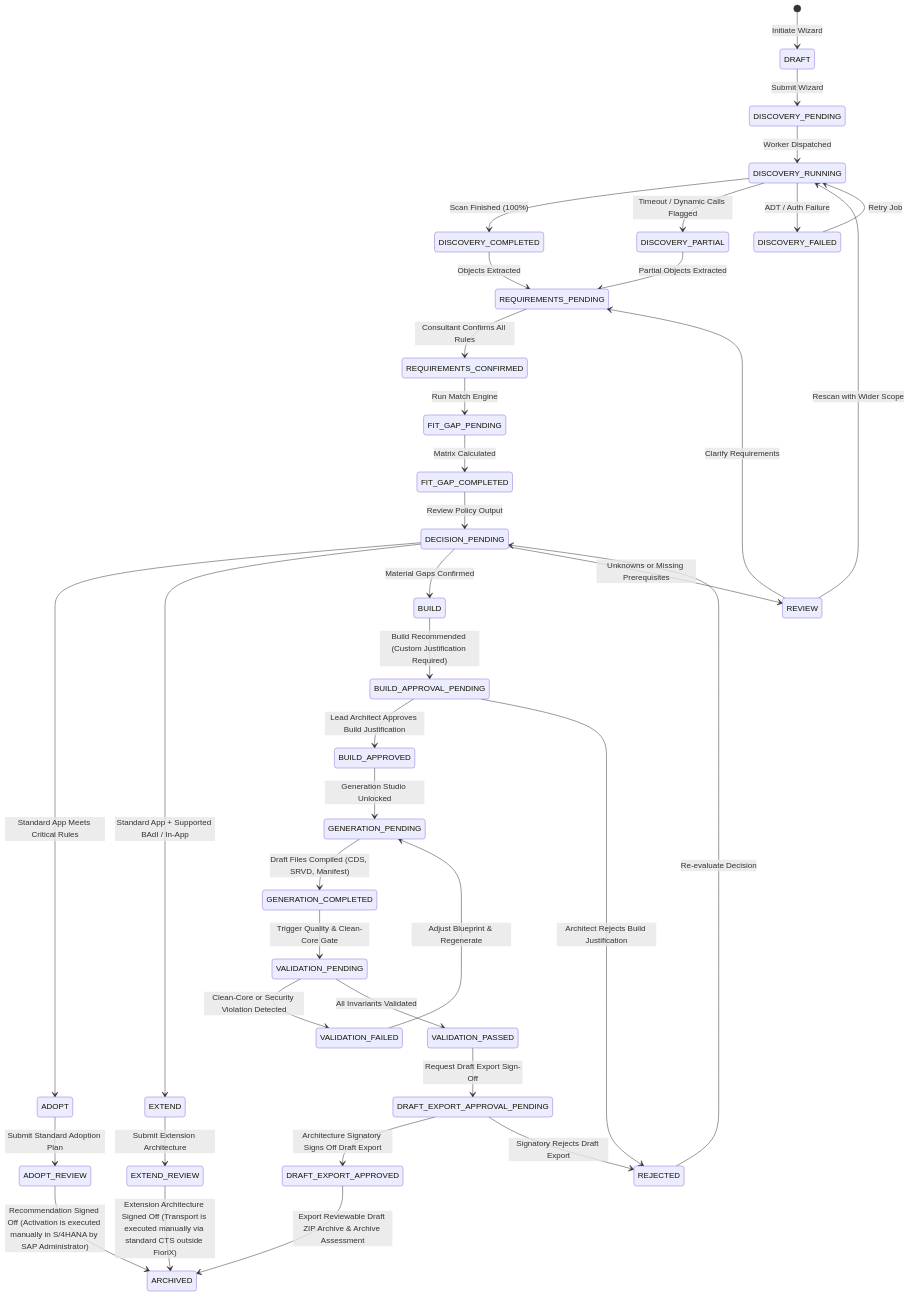
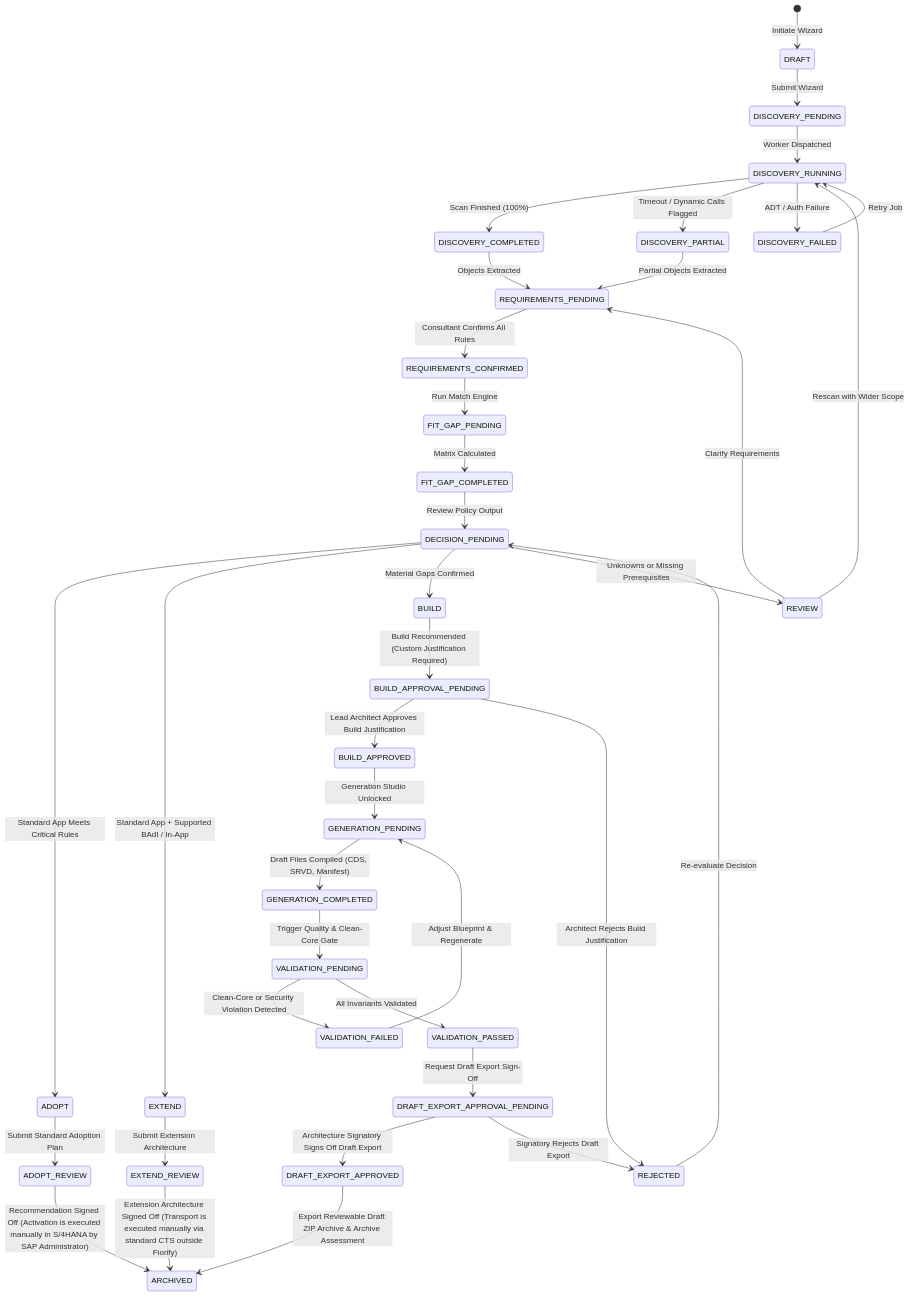
One commit to samarth092005/Firorix changed the third of 7 diagrams in docs/architecture/MASTER_ARCHITECTURE_AND_FRONTEND_RESTRUCTURING_PLAN.md. Above: the diagram before and after it, drawn with Mermaid. The commit also changed other lines of this file and 395 other files, not shown here.

````diff
--- a/docs/architecture/MASTER_ARCHITECTURE_AND_FRONTEND_RESTRUCTURING_PLAN.md
+++ b/docs/architecture/MASTER_ARCHITECTURE_AND_FRONTEND_RESTRUCTURING_PLAN.md
@@ -174,50 +174,50 @@
 ```mermaid
 stateDiagram-v2
     [*] --> DRAFT: Initiate Wizard
     DRAFT --> DISCOVERY_PENDING: Submit Wizard
     DISCOVERY_PENDING --> DISCOVERY_RUNNING: Worker Dispatched
     DISCOVERY_RUNNING --> DISCOVERY_COMPLETED: Scan Finished (100%)
     DISCOVERY_RUNNING --> DISCOVERY_PARTIAL: Timeout / Dynamic Calls Flagged
     DISCOVERY_RUNNING --> DISCOVERY_FAILED: ADT / Auth Failure
     DISCOVERY_FAILED --> DISCOVERY_RUNNING: Retry Job
 
     DISCOVERY_COMPLETED --> REQUIREMENTS_PENDING: Objects Extracted
     DISCOVERY_PARTIAL --> REQUIREMENTS_PENDING: Partial Objects Extracted
     REQUIREMENTS_PENDING --> REQUIREMENTS_CONFIRMED: Consultant Confirms All Rules
 
     REQUIREMENTS_CONFIRMED --> FIT_GAP_PENDING: Run Match Engine
     FIT_GAP_PENDING --> FIT_GAP_COMPLETED: Matrix Calculated
 
     FIT_GAP_COMPLETED --> DECISION_PENDING: Review Policy Output
     DECISION_PENDING --> ADOPT: Standard App Meets Critical Rules
     DECISION_PENDING --> EXTEND: Standard App + Supported BAdI / In-App
     DECISION_PENDING --> BUILD: Material Gaps Confirmed
     DECISION_PENDING --> REVIEW: Unknowns or Missing Prerequisites
 
     REVIEW --> REQUIREMENTS_PENDING: Clarify Requirements
     REVIEW --> DISCOVERY_RUNNING: Rescan with Wider Scope
 
     ADOPT --> ADOPT_REVIEW: Submit Standard Adoption Plan
     ADOPT_REVIEW --> ARCHIVED: Recommendation Signed Off (Activation is executed manually in S/4HANA by SAP Administrator)
 
     EXTEND --> EXTEND_REVIEW: Submit Extension Architecture
-    EXTEND_REVIEW --> ARCHIVED: Extension Architecture Signed Off (Transport is executed manually via standard CTS outside FioriX)
+    EXTEND_REVIEW --> ARCHIVED: Extension Architecture Signed Off (Transport is executed manually via standard CTS outside Fiorify)
 
     BUILD --> BUILD_APPROVAL_PENDING: Build Recommended (Custom Justification Required)
     BUILD_APPROVAL_PENDING --> BUILD_APPROVED: Lead Architect Approves Build Justification
     BUILD_APPROVAL_PENDING --> REJECTED: Architect Rejects Build Justification
     REJECTED --> DECISION_PENDING: Re-evaluate Decision
 
     BUILD_APPROVED --> GENERATION_PENDING: Generation Studio Unlocked
     GENERATION_PENDING --> GENERATION_COMPLETED: Draft Files Compiled (CDS, SRVD, Manifest)
 
     GENERATION_COMPLETED --> VALIDATION_PENDING: Trigger Quality & Clean-Core Gate
     VALIDATION_PENDING --> VALIDATION_FAILED: Clean-Core or Security Violation Detected
     VALIDATION_PENDING --> VALIDATION_PASSED: All Invariants Validated
     VALIDATION_FAILED --> GENERATION_PENDING: Adjust Blueprint & Regenerate
 
     VALIDATION_PASSED --> DRAFT_EXPORT_APPROVAL_PENDING: Request Draft Export Sign-Off
     DRAFT_EXPORT_APPROVAL_PENDING --> DRAFT_EXPORT_APPROVED: Architecture Signatory Signs Off Draft Export
     DRAFT_EXPORT_APPROVAL_PENDING --> REJECTED: Signatory Rejects Draft Export
     DRAFT_EXPORT_APPROVED --> ARCHIVED: Export Reviewable Draft ZIP Archive & Archive Assessment
 ```
````
